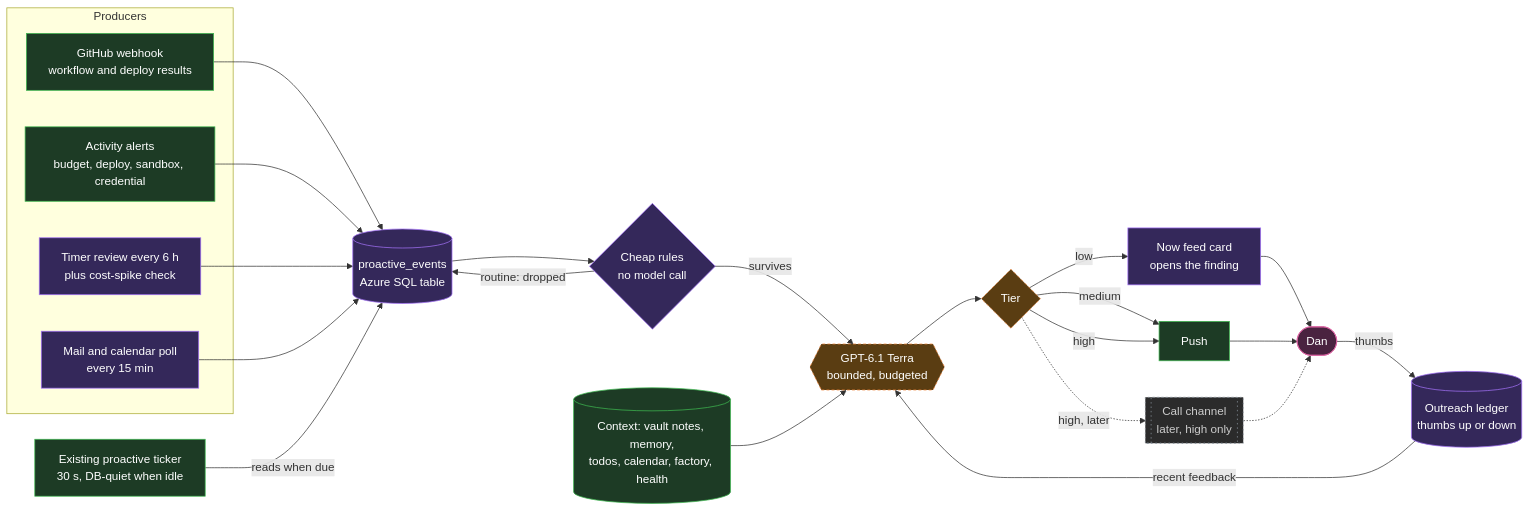
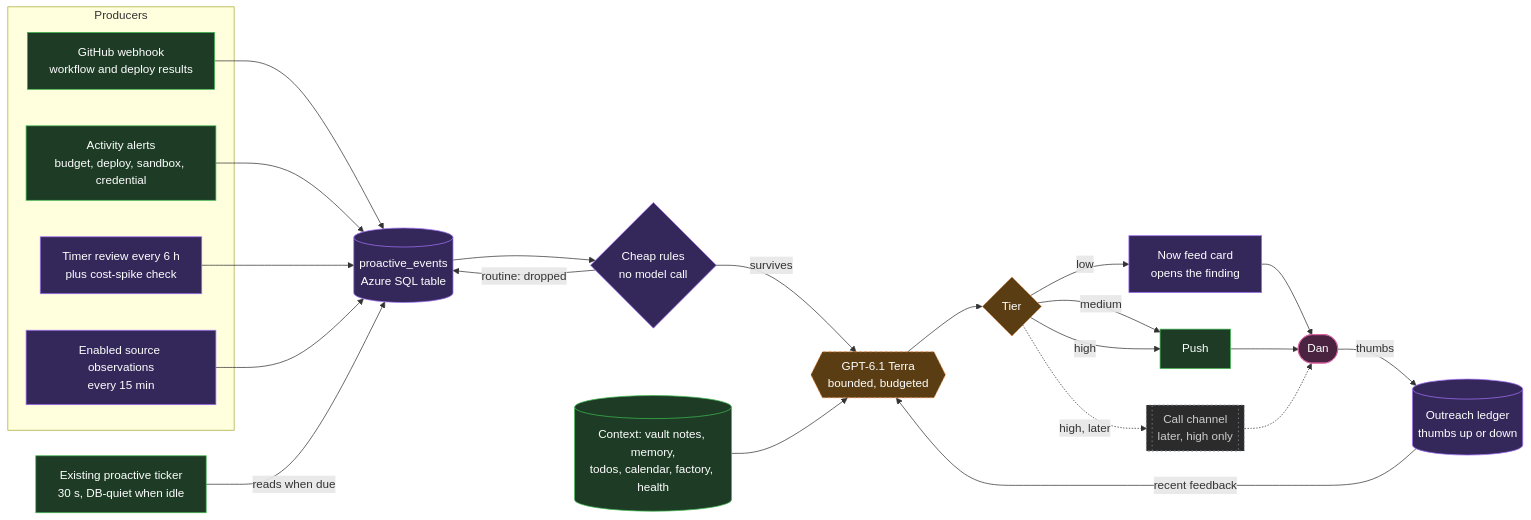
One commit to DanAakesen/jarvis changed the diagram in docs/proactive-events/design.md. Above: the diagram before and after it, drawn with Mermaid. The commit also changed other lines of this file and 80 other files, not shown here.

````diff
--- a/docs/proactive-events/design.md
+++ b/docs/proactive-events/design.md
@@ -9,42 +9,42 @@
 ```mermaid
 flowchart LR
   subgraph Producers
     GH[GitHub webhook<br/>workflow and deploy results]:::exists
     AL[Activity alerts<br/>budget, deploy, sandbox, credential]:::exists
     TM[Timer review every 6 h<br/>plus cost-spike check]:::new
-    ML[Mail and calendar poll<br/>every 15 min]:::new
+    ML[Enabled source observations<br/>every 15 min]:::new
   end
   Q[(proactive_events<br/>Azure SQL table)]:::new
   T[Existing proactive ticker<br/>30 s, DB-quiet when idle]:::exists
   R{Cheap rules<br/>no model call}:::new
   M{{GPT-6.1 Terra<br/>bounded, budgeted}}:::model
   Ctx[(Context: vault notes, memory,<br/>todos, calendar, factory, health)]:::exists
   FB[(Outreach ledger<br/>thumbs up or down)]:::new
   Tier{Tier}:::model
   Low[Now feed card<br/>opens the finding]:::new
   Push[Push]:::exists
   Call[[Call channel<br/>later, high only]]:::later
   Dan([Dan]):::dan
 
   GH --> Q
   AL --> Q
   TM --> Q
   ML --> Q
   T -- reads when due --> Q
   Q --> R
   R -- routine: dropped --> Q
   R -- survives --> M
   Ctx --> M
   FB -- recent feedback --> M
   M --> Tier
   Tier -- low --> Low --> Dan
   Tier -- medium --> Push --> Dan
   Tier -- high --> Push
   Tier -. high, later .-> Call -.-> Dan
   Dan -- thumbs --> FB
   classDef exists fill:#1d3b25,stroke:#3fb950,color:#fff
   classDef new fill:#34285a,stroke:#a371f7,color:#fff
   classDef model fill:#5a3d12,stroke:#f0883e,color:#fff,stroke-dasharray:4 3
   classDef dan fill:#4a2340,stroke:#db61a2,color:#fff
   classDef later fill:#2b2b2b,stroke:#8b949e,color:#ccc,stroke-dasharray:2 4
 ```
````
